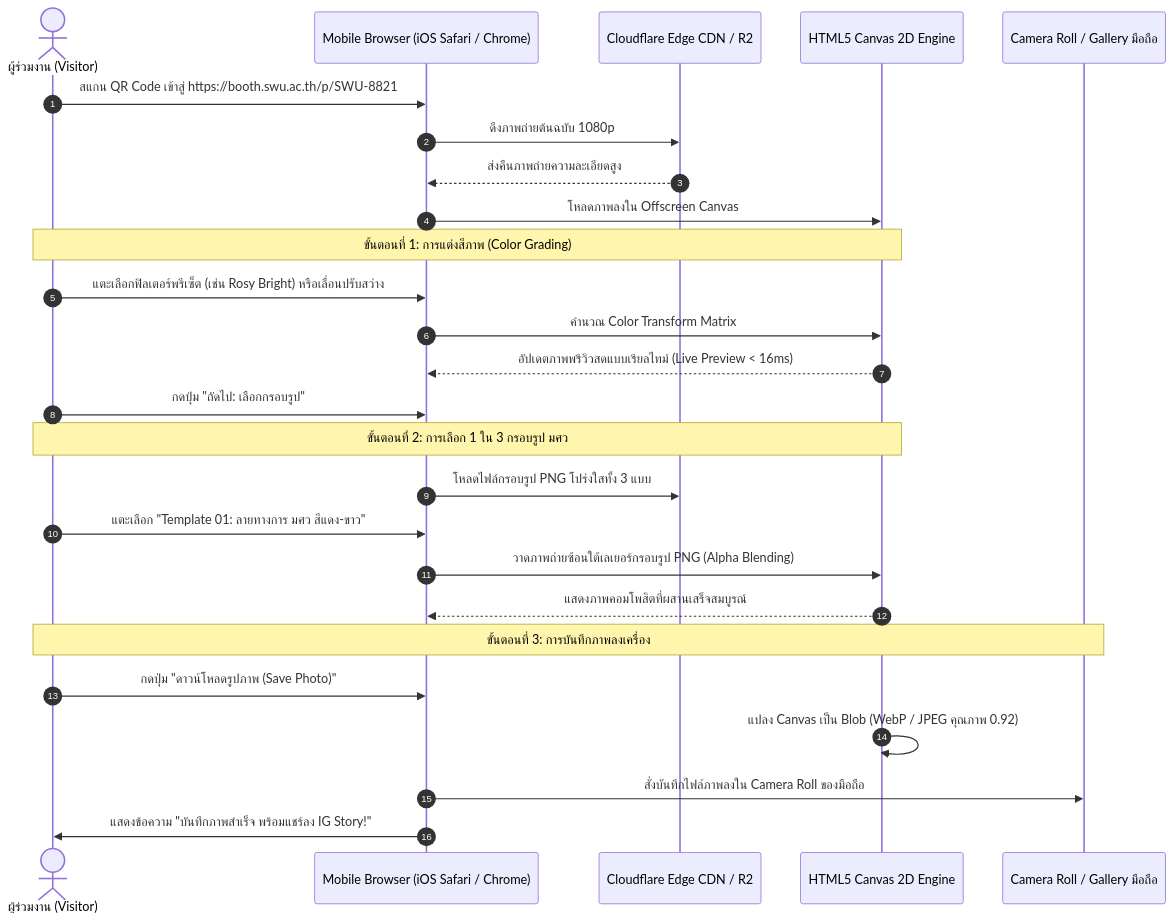
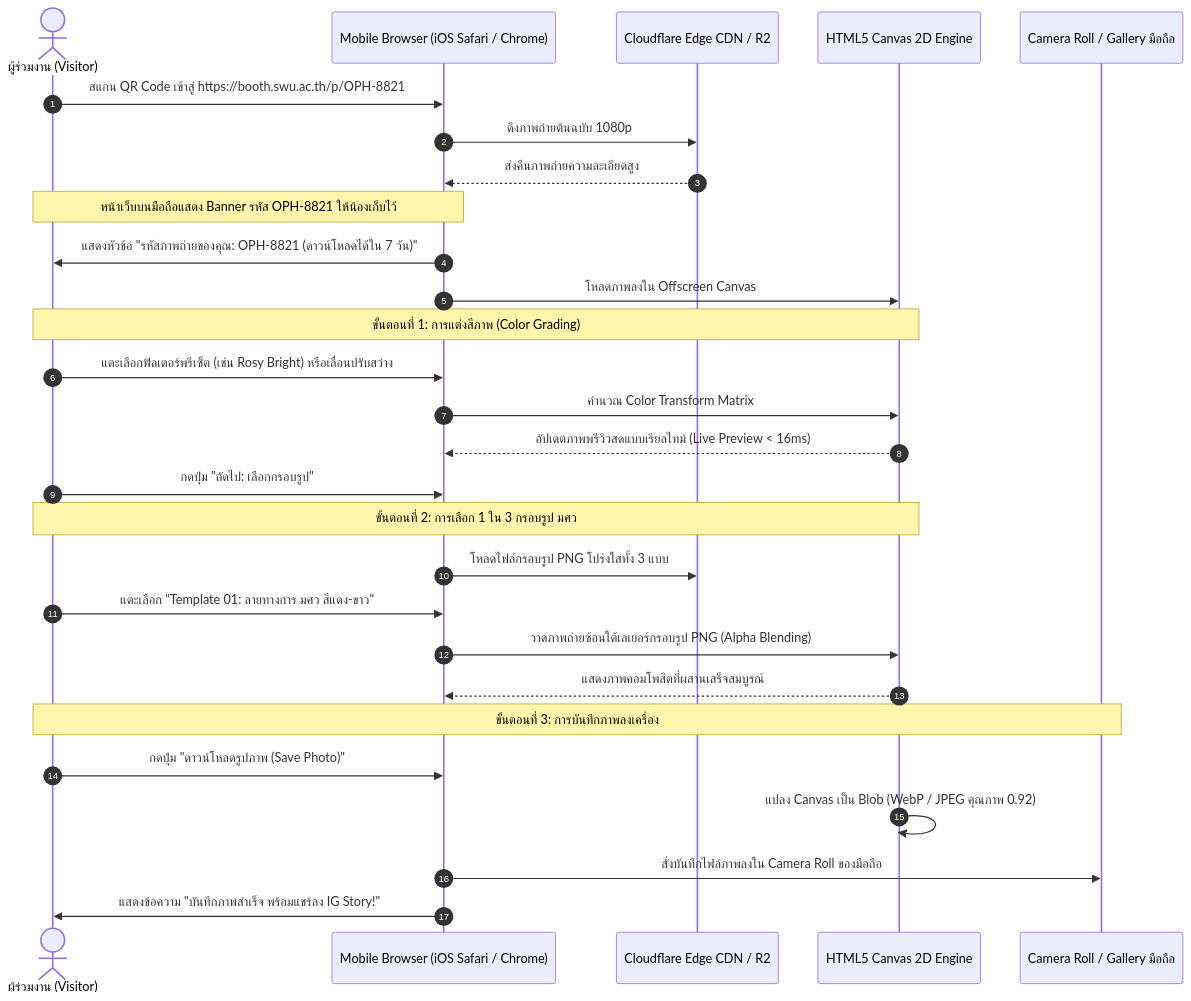
One commit to icelandz9/swu-openhouse changed diagram 11 of 13 in ducument-sathit/task01/system-architecture-and-sequence-flow.md. Above: the diagram before and after it, drawn with Mermaid. The commit also changed other lines of this file and 7 other files, not shown here.

Commit message:
docs: update OPH prefix, clean kiosk QR, staff QR re-issue, and add concept diagrams to README

````diff
--- a/ducument-sathit/task01/system-architecture-and-sequence-flow.md
+++ b/ducument-sathit/task01/system-architecture-and-sequence-flow.md
@@ -394,32 +410,35 @@
 ```mermaid
 sequenceDiagram
     autonumber
     actor Visitor as ผู้ร่วมงาน (Visitor)
     participant Browser as Mobile Browser (iOS Safari / Chrome)
     participant CDN as Cloudflare Edge CDN / R2
     participant Canvas as HTML5 Canvas 2D Engine
     participant Gallery as Camera Roll / Gallery มือถือ
 
-    Visitor->>Browser: สแกน QR Code เข้าสู่ https://booth.swu.ac.th/p/SWU-8821
+    Visitor->>Browser: สแกน QR Code เข้าสู่ https://booth.swu.ac.th/p/OPH-8821
     Browser->>CDN: ดึงภาพถ่ายต้นฉบับ 1080p
     CDN-->>Browser: ส่งคืนภาพถ่ายความละเอียดสูง
+    
+    Note over Visitor,Browser: หน้าเว็บบนมือถือแสดง Banner รหัส OPH-8821 ให้น้องเก็บไว้
+    Browser->>Visitor: แสดงหัวข้อ "รหัสภาพถ่ายของคุณ: OPH-8821 (ดาวน์โหลดได้ใน 7 วัน)"
     Browser->>Canvas: โหลดภาพลงใน Offscreen Canvas
 
     Note over Visitor,Canvas: ขั้นตอนที่ 1: การแต่งสีภาพ (Color Grading)
     Visitor->>Browser: แตะเลือกฟิลเตอร์พรีเซ็ต (เช่น Rosy Bright) หรือเลื่อนปรับสว่าง
     Browser->>Canvas: คำนวณ Color Transform Matrix
     Canvas-->>Browser: อัปเดตภาพพรีวิวสดแบบเรียลไทม์ (Live Preview < 16ms)
     Visitor->>Browser: กดปุ่ม "ถัดไป: เลือกกรอบรูป"
 
     Note over Visitor,Canvas: ขั้นตอนที่ 2: การเลือก 1 ใน 3 กรอบรูป มศว
     Browser->>CDN: โหลดไฟล์กรอบรูป PNG โปร่งใสทั้ง 3 แบบ
     Visitor->>Browser: แตะเลือก "Template 01: ลายทางการ มศว สีแดง-ขาว"
     Browser->>Canvas: วาดภาพถ่ายซ้อนใต้เลเยอร์กรอบรูป PNG (Alpha Blending)
     Canvas-->>Browser: แสดงภาพคอมโพสิตที่ผสานเสร็จสมบูรณ์
 
     Note over Visitor,Gallery: ขั้นตอนที่ 3: การบันทึกภาพลงเครื่อง
     Visitor->>Browser: กดปุ่ม "ดาวน์โหลดรูปภาพ (Save Photo)"
     Canvas->>Canvas: แปลง Canvas เป็น Blob (WebP / JPEG คุณภาพ 0.92)
     Browser->>Gallery: สั่งบันทึกไฟล์ภาพลงใน Camera Roll ของมือถือ
     Browser->>Visitor: แสดงข้อความ "บันทึกภาพสำเร็จ พร้อมแชร์ลง IG Story!"
 ```
````
